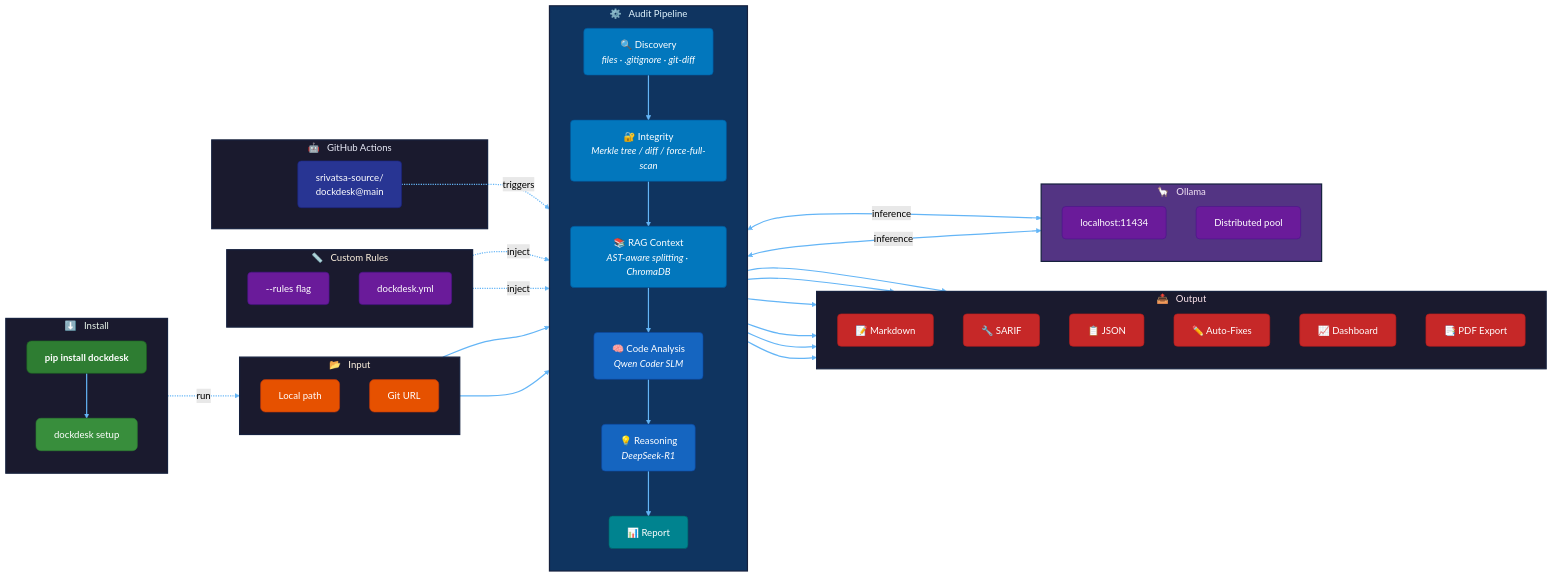
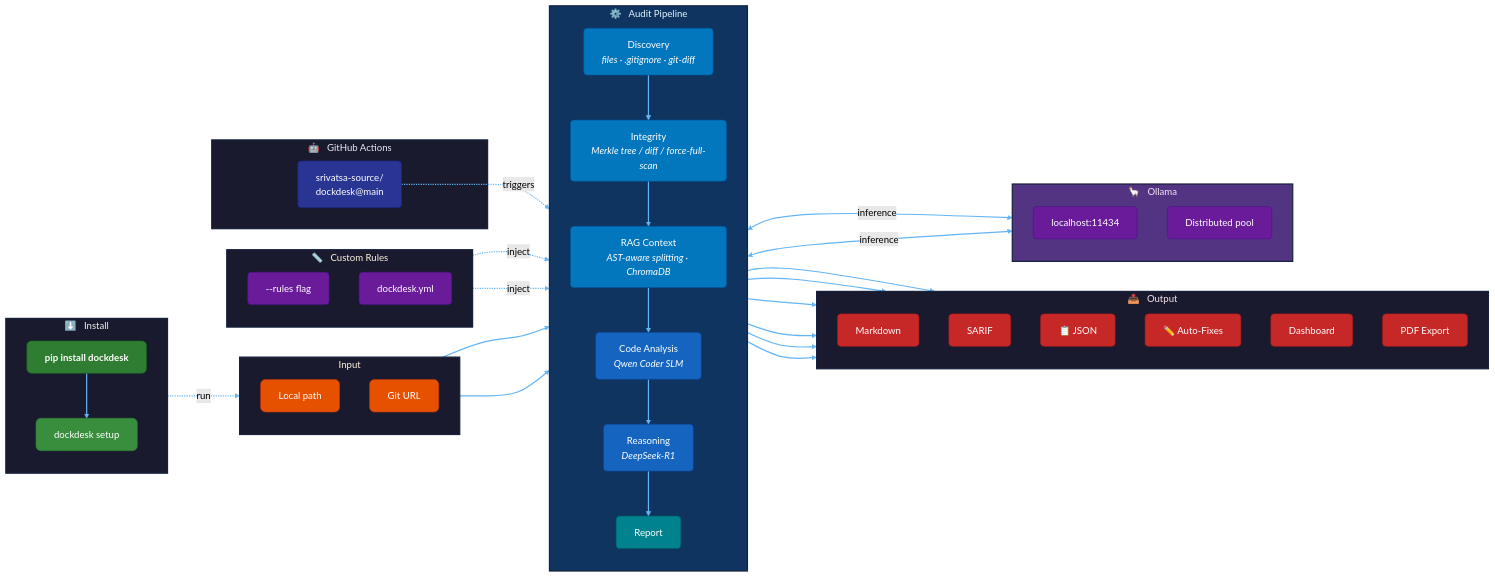
Before and after one commit to actions-marketplace-validations/srivatsa-source_dockdesk: the diagram in README.md, drawn with Mermaid (forest theme). The commit also changed other lines of this file and 14 other files, not shown here.

Commit message:
feat: overhaul audit resiliency with GitHub/AST lens, SQLite persistence, and CI/CD Pipeline monitoring

```diff
--- a/README.md
+++ b/README.md
@@ -114,7 +114,7 @@
         PIP --> SETUP
     end
 
-    subgraph INPUT["📂 &nbsp; Input"]
+    subgraph INPUT["Input"]
         direction TB
         LOCAL["Local path"]
         GITURL["Git URL"]
@@ -125,12 +125,12 @@
     subgraph PIPELINE["⚙️ &nbsp; Audit Pipeline"]
         direction TB
 
-        DISCOVER["🔍 Discovery<br/><i>files · .gitignore · git-diff</i>"]
-        MERKLE["🔐 Integrity<br/><i>Merkle tree / diff / force-full-scan</i>"]
-        RAG["📚 RAG Context<br/><i>AST-aware splitting · ChromaDB</i>"]
-        CODE["🧠 Code Analysis<br/><i>Qwen Coder SLM</i>"]
-        REASON["💡 Reasoning<br/><i>DeepSeek-R1</i>"]
-        REPORT["📊 Report"]
+        DISCOVER["Discovery<br/><i>files · .gitignore · git-diff</i>"]
+        MERKLE["Integrity<br/><i>Merkle tree / diff / force-full-scan</i>"]
+        RAG["RAG Context<br/><i>AST-aware splitting · ChromaDB</i>"]
+        CODE["Code Analysis<br/><i>Qwen Coder SLM</i>"]
+        REASON["Reasoning<br/><i>DeepSeek-R1</i>"]
+        REPORT["Report"]
 
         DISCOVER --> MERKLE --> RAG --> CODE --> REASON --> REPORT
     end
@@ -147,12 +147,12 @@
 
     subgraph OUTPUT["📤 &nbsp; Output"]
         direction TB
-        MD["📝 Markdown"]
-        SARIF["🔧 SARIF"]
+        MD["Markdown"]
+        SARIF["SARIF"]
         JSON["📋 JSON"]
         FIX["✏️ Auto-Fixes"]
-        DASH["📈 Dashboard"]
-        PDF["📑 PDF Export"]
+        DASH["Dashboard"]
+        PDF["PDF Export"]
     end
 
     REPORT --> MD & SARIF & JSON & FIX & DASH & PDF
```
